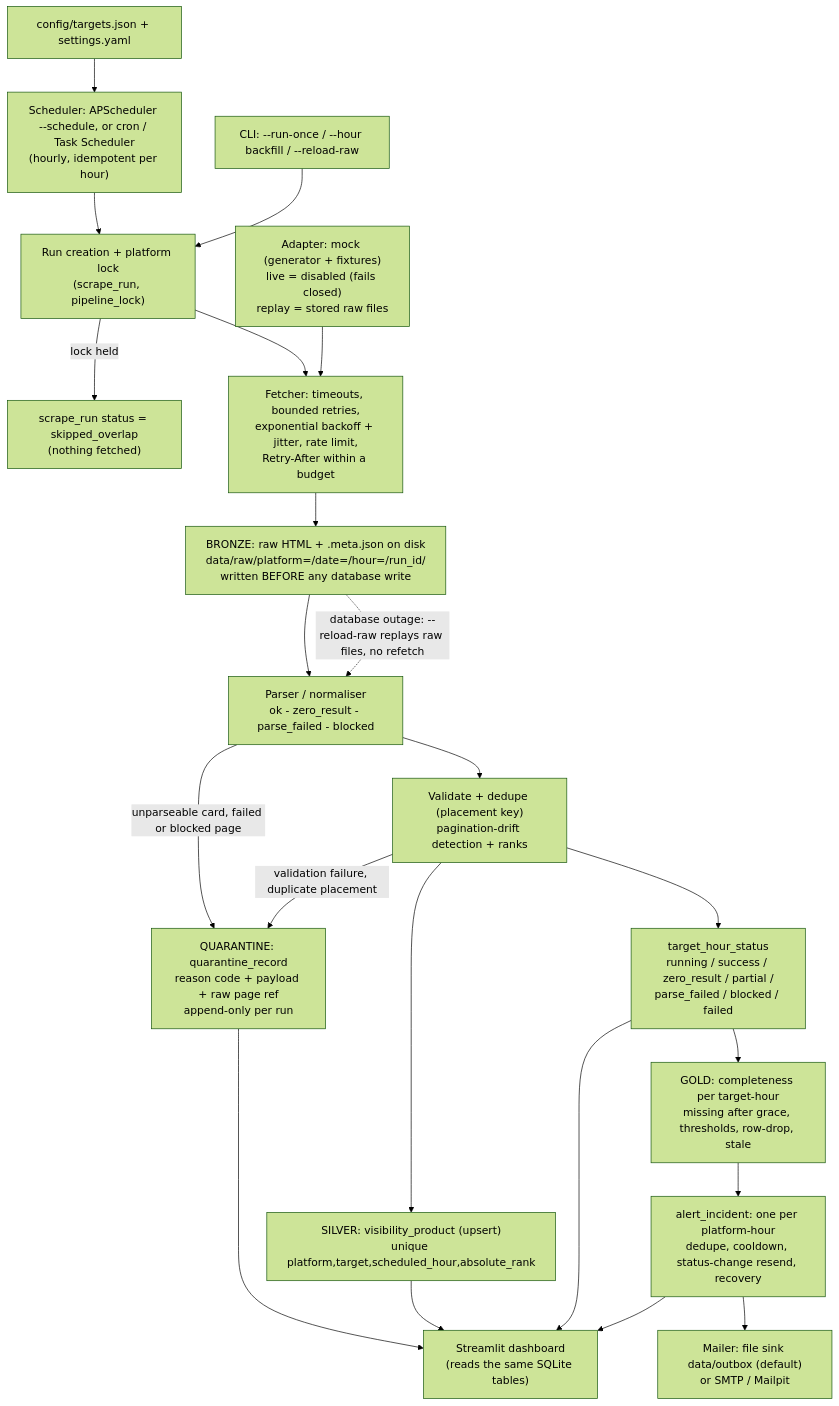
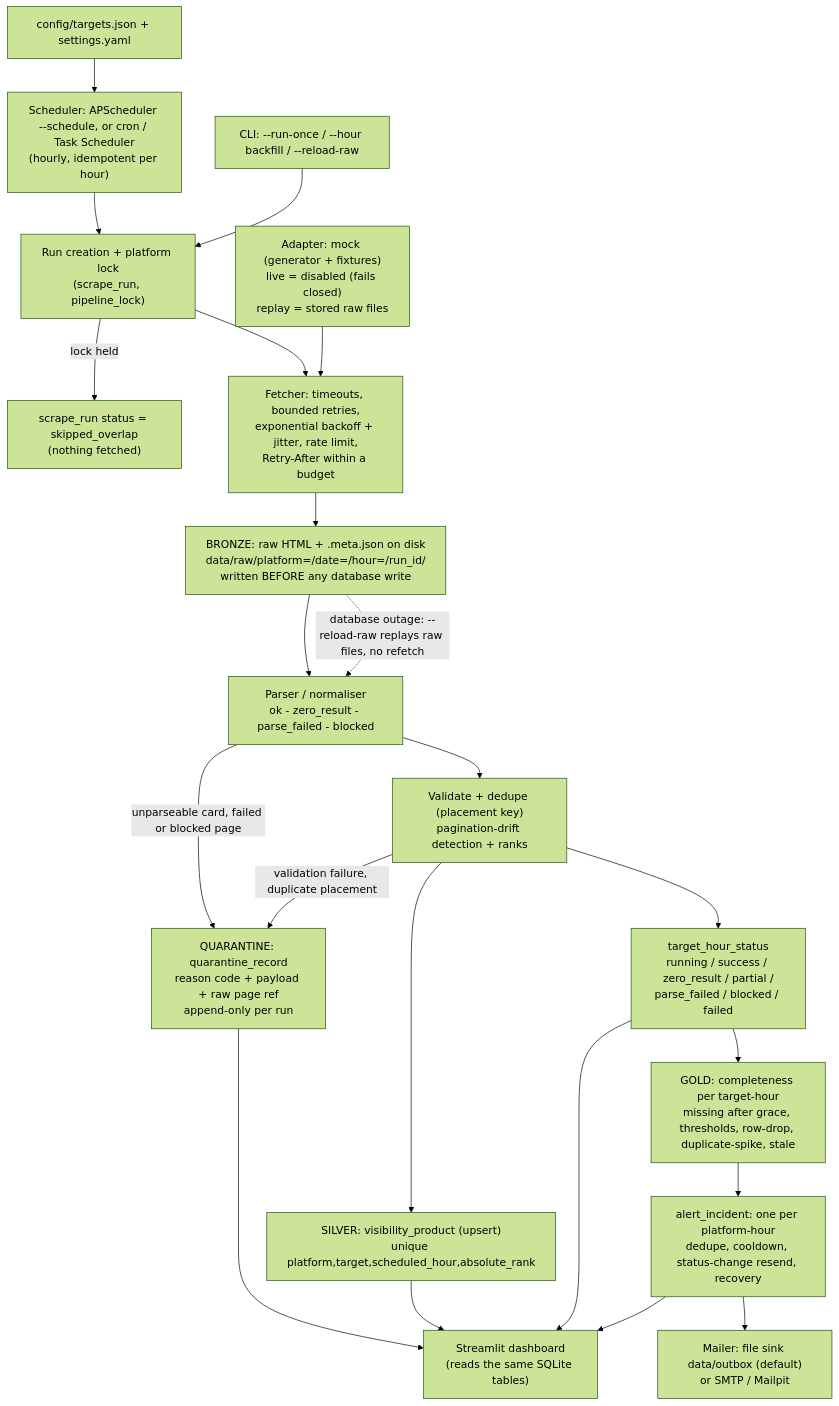
The diagram in docs/architecture.md (kavishrathod/ajio-visibility-data-pipeline), drawn with Mermaid (forest theme) before and after one commit. The commit also changed other lines of this file and 38 other files, not shown here.

````diff
--- a/docs/architecture.md
+++ b/docs/architecture.md
@@ -3,24 +3,24 @@
 ```mermaid
 flowchart TD
     CFG["config/targets.json + settings.yaml"] --> SCH
     SCH["Scheduler: APScheduler --schedule, or cron / Task Scheduler<br/>(hourly, idempotent per hour)"] --> RUN
     CLI["CLI: --run-once / --hour backfill / --reload-raw"] --> RUN
     RUN["Run creation + platform lock<br/>(scrape_run, pipeline_lock)"] -->|lock held| SKIP["scrape_run status = skipped_overlap<br/>(nothing fetched)"]
     RUN --> FETCH["Fetcher: timeouts, bounded retries,<br/>exponential backoff + jitter, rate limit,<br/>Retry-After within a budget"]
     ADP["Adapter: mock (generator + fixtures)<br/>live = disabled (fails closed)<br/>replay = stored raw files"] --> FETCH
     FETCH --> RAW["BRONZE: raw HTML + .meta.json on disk<br/>data/raw/platform=/date=/hour=/run_id/<br/>written BEFORE any database write"]
     RAW --> PARSE["Parser / normaliser<br/>ok - zero_result - parse_failed - blocked"]
     PARSE --> VAL["Validate + dedupe (placement key)<br/>pagination-drift detection + ranks"]
     PARSE -->|"unparseable card, failed or blocked page"| QUAR
     VAL -->|"validation failure, duplicate placement"| QUAR["QUARANTINE: quarantine_record<br/>reason code + payload + raw page ref<br/>append-only per run"]
     QUAR --> DASH
     VAL --> SILVER["SILVER: visibility_product (upsert)<br/>unique platform,target,scheduled_hour,absolute_rank"]
     VAL --> THS["target_hour_status<br/>running / success / zero_result / partial /<br/>parse_failed / blocked / failed"]
-    THS --> GOLD["GOLD: completeness per target-hour<br/>missing after grace, thresholds, row-drop, stale"]
+    THS --> GOLD["GOLD: completeness per target-hour<br/>missing after grace, thresholds, row-drop, duplicate-spike, stale"]
     GOLD --> INC["alert_incident: one per platform-hour<br/>dedupe, cooldown, status-change resend, recovery"]
     INC --> MAIL["Mailer: file sink data/outbox (default)<br/>or SMTP / Mailpit"]
     SILVER --> DASH["Streamlit dashboard<br/>(reads the same SQLite tables)"]
     THS --> DASH
     INC --> DASH
     RAW -. "database outage: --reload-raw replays raw files, no refetch" .-> PARSE
 ```
````
